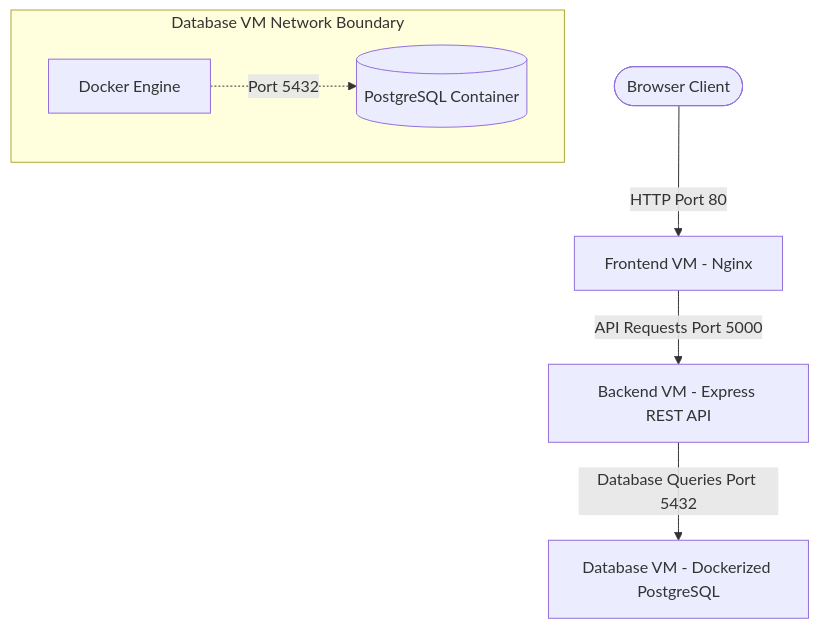
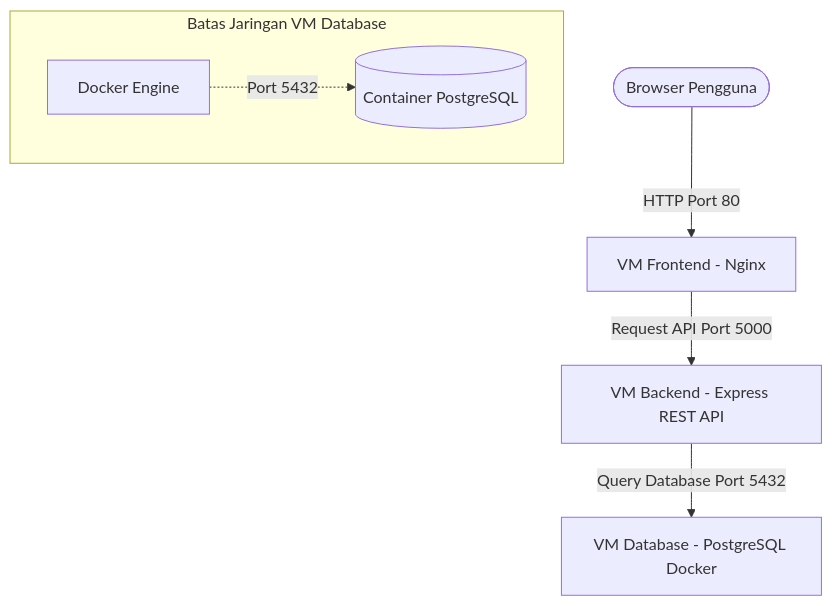
Before and after one commit to HafidzLA/TUBES_CC: the diagram in README.md, drawn with Mermaid. The commit also changed other lines of this file, not shown here.

````diff
--- a/README.md
+++ b/README.md
@@ -14,10 +14,10 @@
 ```mermaid
 graph TD
-    User([Browser Client]) -->|HTTP Port 80| VM1[Frontend VM - Nginx]
-    VM1 -->|API Requests Port 5000| VM2[Backend VM - Express REST API]
-    VM2 -->|Database Queries Port 5432| VM3[Database VM - Dockerized PostgreSQL]
+    User([Browser Pengguna]) -->|HTTP Port 80| VM1[VM Frontend - Nginx]
+    VM1 -->|Request API Port 5000| VM2[VM Backend - Express REST API]
+    VM2 -->|Query Database Port 5432| VM3[VM Database - PostgreSQL Docker]
     
-    subgraph VM3_LAN [Database VM Network Boundary]
-        Docker[Docker Engine] -.->|Port 5432| PG[(PostgreSQL Container)]
+    subgraph VM3_LAN [Batas Jaringan VM Database]
+        Docker[Docker Engine] -.->|Port 5432| PG[(Container PostgreSQL)]
     end
 ```
````
